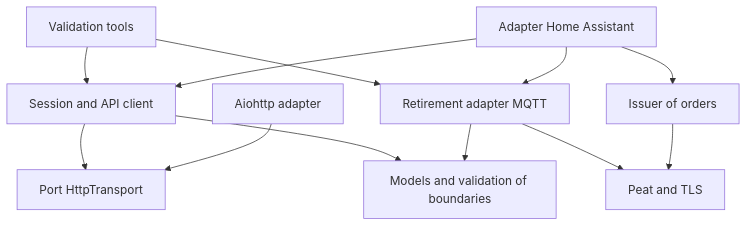
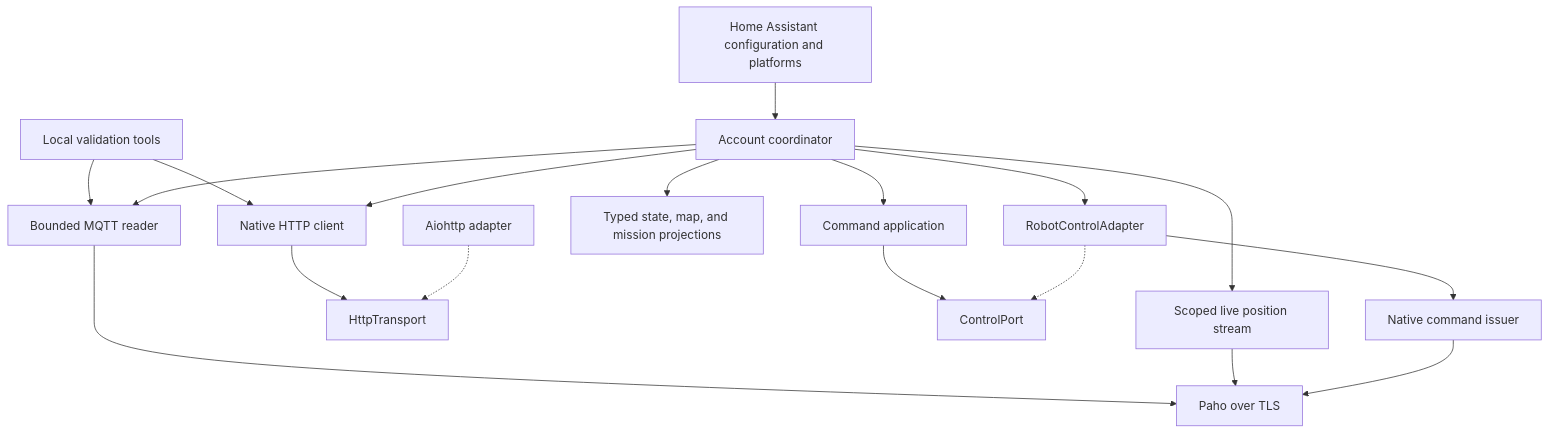
The first of 2 diagrams in docs/architecture.md (efraespada/ha-roomba-home), drawn with Mermaid before and after one commit. The commit also changed other lines of this file and 13 other files, not shown here.

First line of the commit message:
Update the integration specifications and architecture (#183)

````diff
--- a/docs/architecture.md
+++ b/docs/architecture.md
@@ -7,14 +9,20 @@
 ```mermaid
 flowchart TD
-    CLI[Validation tools] --> HTTP[Session and API client]
-    CLI --> MQ[Retirement adapter MQTT]
-    HTTP --> PORT[Port HttpTransport]
-    AIO[Aiohttp adapter] --> PORT
-    HTTP --> MODEL[Models and validation of boundaries]
-    MQ --> MODEL
-    MQ --> PAHO[Peat and TLS]
-    HA[Adapter Home Assistant] --> HTTP
-    HA --> MQ
-    HA --> CMD[Issuer of orders]
-    CMD --> PAHO
+    HA[Home Assistant configuration and platforms] --> C[Account coordinator]
+    CLI[Local validation tools] --> API[Native HTTP client]
+    CLI --> MQ[Bounded MQTT reader]
+    C --> API
+    C --> MQ
+    C --> STREAM[Scoped live position stream]
+    C --> UC[Command application]
+    C --> MP[Typed state, map, and mission projections]
+    API --> P[HttpTransport]
+    AIO[Aiohttp adapter] -.-> P
+    MQ --> PAHO[Paho over TLS]
+    STREAM --> PAHO
+    UC --> CT[ControlPort]
+    ADAPTER[RobotControlAdapter] -.-> CT
+    C --> ADAPTER
+    ADAPTER --> MQTT_COMMAND[Native command issuer]
+    MQTT_COMMAND --> PAHO
 ```
````
